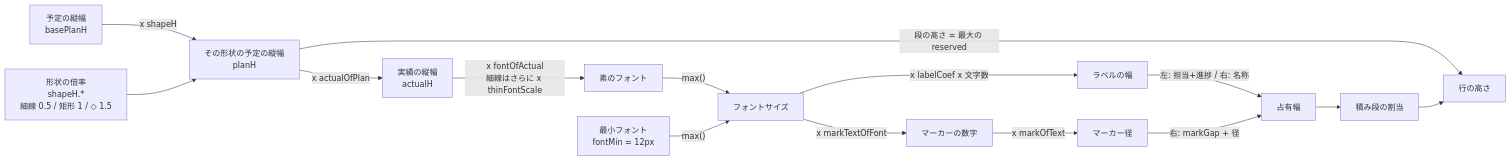
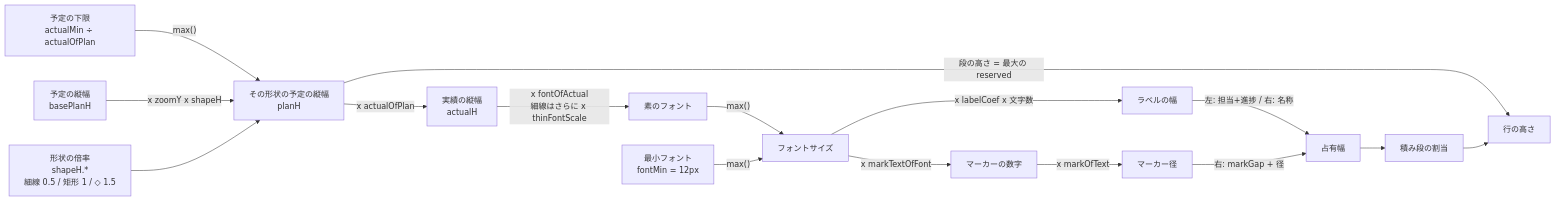
Before and after one commit to GoodRelax/gr-scheduler: the first of 3 diagrams in handover/03-ui-naming/handover-ui-detail-spec-ja.md, drawn with Mermaid. The commit also changed other lines of this file and 15 other files, not shown here.

````diff
--- a/handover/03-ui-naming/handover-ui-detail-spec-ja.md
+++ b/handover/03-ui-naming/handover-ui-detail-spec-ja.md
@@ -557,31 +580,33 @@
 ```mermaid
 graph LR
     basePlanH["予定の縦幅<br/>basePlanH"]
     shapeH["形状の倍率<br/>shapeH.*<br/>細線 0.5 / 矩形 1 / ◇ 1.5"]
     planH["その形状の予定の縦幅<br/>planH"]
     actualH["実績の縦幅<br/>actualH"]
     fontRaw["素のフォント"]
     fontMin["最小フォント<br/>fontMin = 12px"]
     fontSize["フォントサイズ"]
     markText["マーカーの数字"]
     markSize["マーカー径"]
     labelW["ラベルの幅"]
     occW["占有幅"]
     lanes["積み段の割当"]
     rowH["行の高さ"]
 
-    basePlanH -- "x shapeH" --> planH
+    planFloor["予定の下限<br/>actualMin ÷ actualOfPlan"]
+    planFloor -- "max()" --> planH
+    basePlanH -- "x zoomY x shapeH" --> planH
     shapeH --> planH
     planH -- "x actualOfPlan" --> actualH
     actualH -- "x fontOfActual<br/>細線はさらに x thinFontScale" --> fontRaw
     fontRaw -- "max()" --> fontSize
     fontMin -- "max()" --> fontSize
     fontSize -- "x markTextOfFont" --> markText
     markText -- "x markOfText" --> markSize
     fontSize -- "x labelCoef x 文字数" --> labelW
     labelW -- "左: 担当+進捗 / 右: 名称" --> occW
     markSize -- "右: markGap + 径" --> occW
     occW --> lanes
     planH -- "段の高さ = 最大の reserved" --> rowH
     lanes --> rowH
 ```
````
